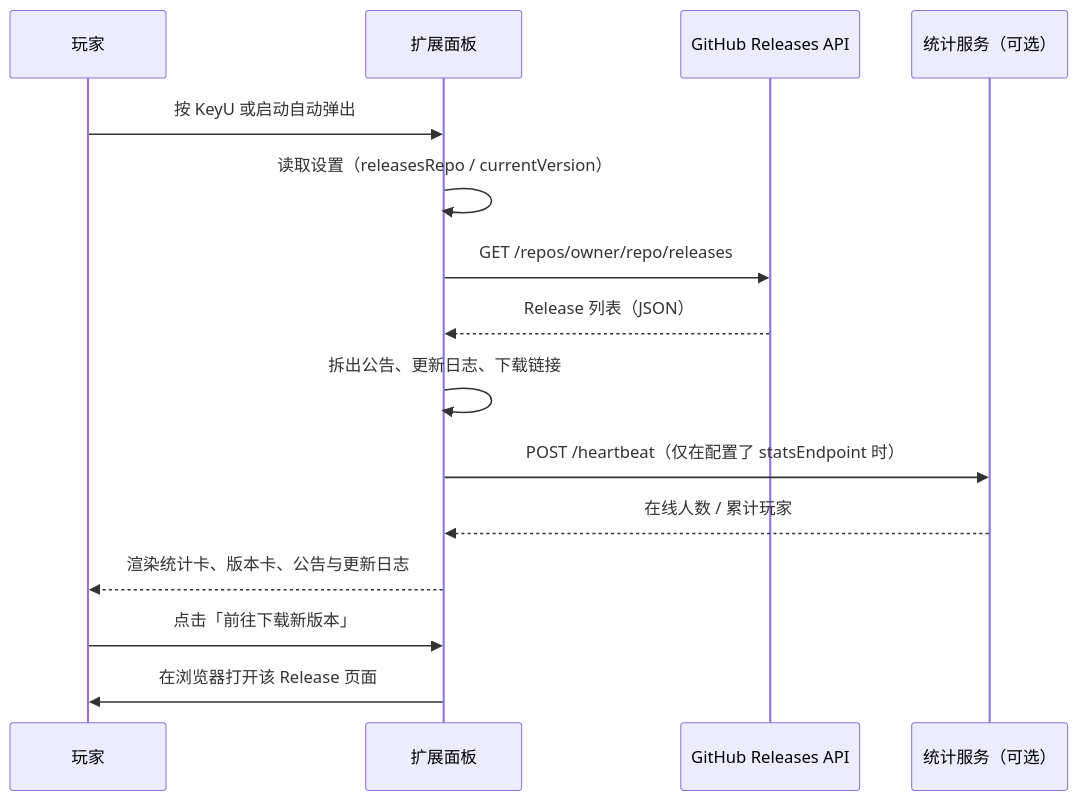
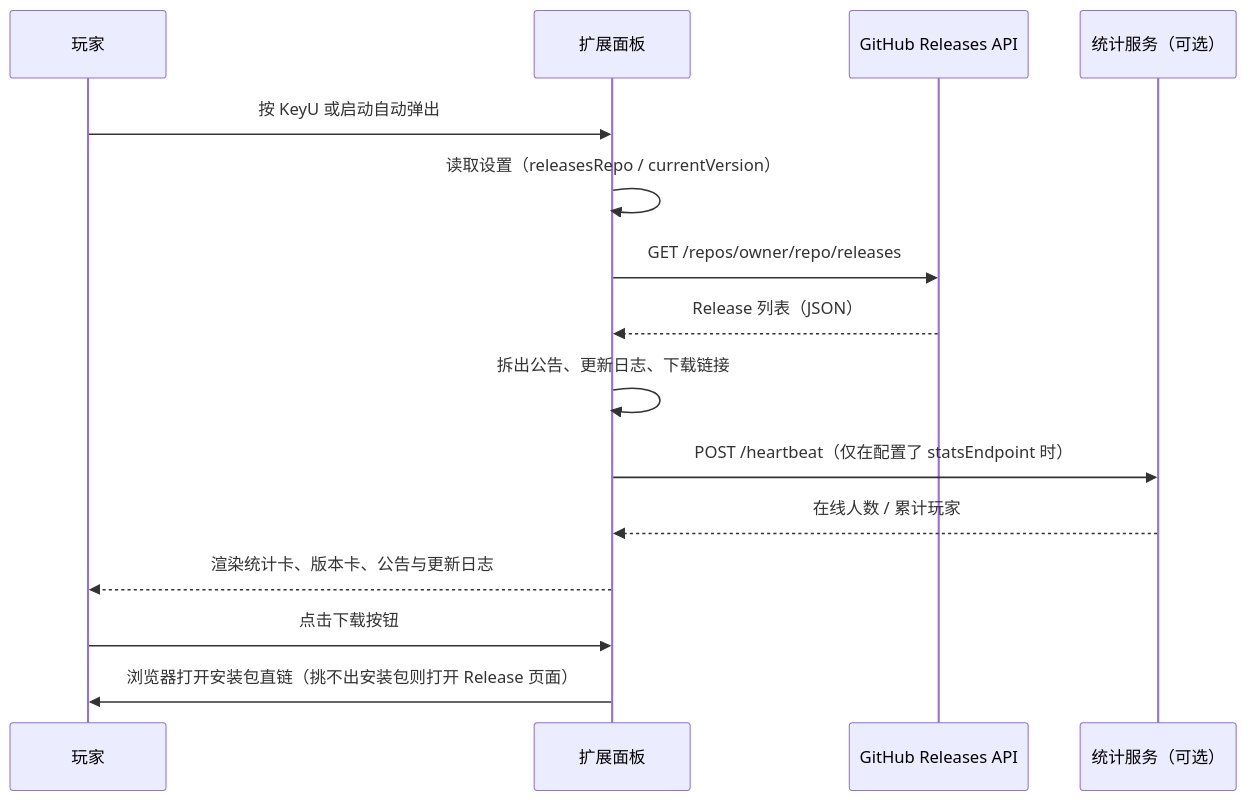
One commit to Structuretxwd/LetsGal-Studio-Extension changed the third of 3 diagrams in README.md. Above: the diagram before and after it, drawn with Mermaid. The commit also changed other lines of this file and 4 other files, not shown here.

````diff
--- a/README.md
+++ b/README.md
@@ -87,18 +88,18 @@
 ```mermaid
 sequenceDiagram
     participant P as 玩家
     participant E as 扩展面板
     participant G as GitHub Releases API
     participant S as 统计服务（可选）
 
     P->>E: 按 KeyU 或启动自动弹出
     E->>E: 读取设置（releasesRepo / currentVersion）
     E->>G: GET /repos/owner/repo/releases
     G-->>E: Release 列表（JSON）
     E->>E: 拆出公告、更新日志、下载链接
     E->>S: POST /heartbeat（仅在配置了 statsEndpoint 时）
     S-->>E: 在线人数 / 累计玩家
     E-->>P: 渲染统计卡、版本卡、公告与更新日志
-    P->>E: 点击「前往下载新版本」
-    E->>P: 在浏览器打开该 Release 页面
+    P->>E: 点击下载按钮
+    E->>P: 浏览器打开安装包直链（挑不出安装包则打开 Release 页面）
 ```
````
